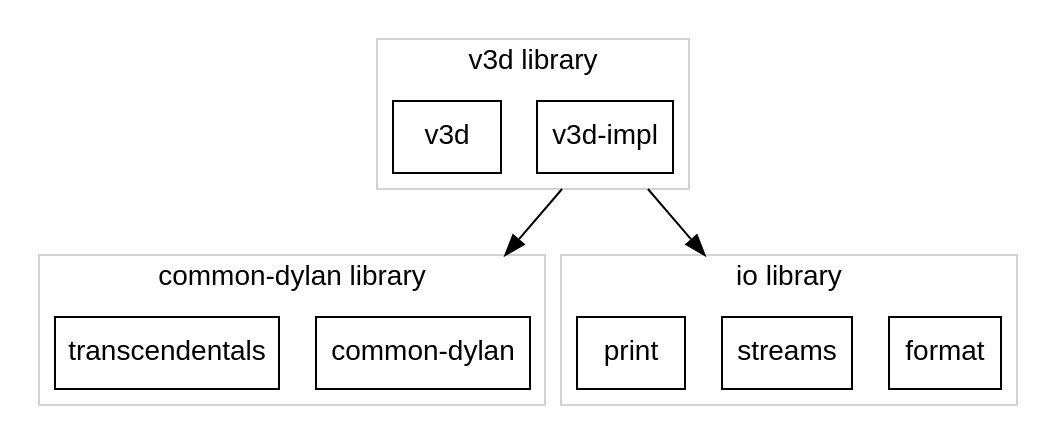
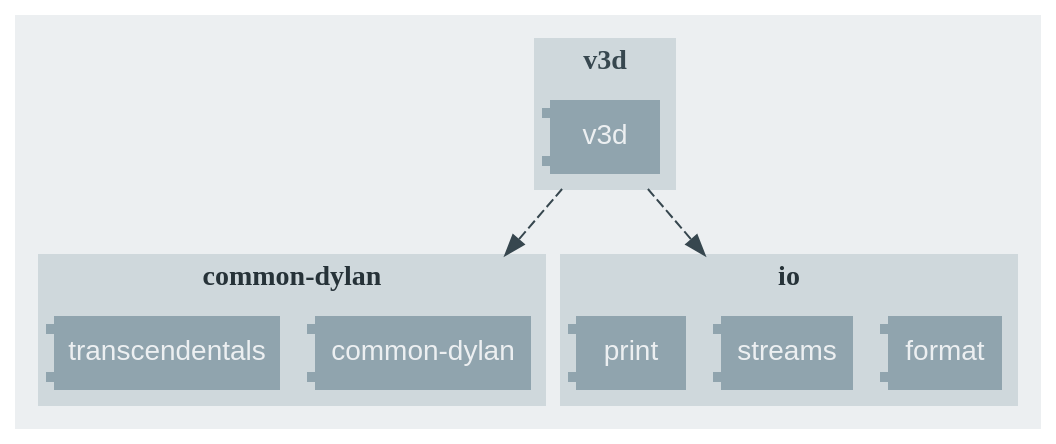
One commit to fraya/v3d changed the diagram in documentation/source/index.rst. Above: the diagram before and after it, drawn with Graphviz. The commit also changed other lines of this file, not shown here.

Commit message:
Modify library graphic
Use colors that can be seen in dark mode.
Clarify description of the graph.

```diff
--- a/documentation/source/index.rst
+++ b/documentation/source/index.rst
@@ -53,39 +53,55 @@
 .. graphviz::
-   :caption: Libraries and modules used
+   :caption: Libraries (light box) and modules (dark box) used
 
    digraph G {
-         bgcolor="#00000000";
+         bgcolor="#eceff1";
 	 graph [compound=true];
-	 fontname = "Helvetica,Arial,sans-serif";
-	 node [fontname="Helvetica,Arial,sans-serif";shape=box;]
-	 edge [fontname="Helvetica,Arial,sans-serif"]
+	 fontname = "times-bold";
+	 node [
+	   fontname="Arial";
+	   shape="component";
+	   color="#90a4ae";
+	   fontcolor="#eceff1";
+	   style="filled";
+	 ]
+	 edge [
+	   fontname="Arial";
+	   color="#37474f";
+	   style="dashed";
+	 ]
 	 ranksep = 1.0;
 	
 	 subgraph cluster_v3d {
-	   color=lightgrey;
-	   label="v3d library";
-	   "v3d-impl";
+	   fontcolor="#37474f";
+	   color="#cfd8dc";
+	   style="filled";
+	   shape="component";
+	   label="v3d";
 	   v3d;
 	 };
 	
 	 subgraph cluster_cd {
-	   color=lightgrey;
-	   label="common-dylan library";
+	   fontcolor="#263238";
+	   color="#cfd8dc";
+	   style="filled";
+	   label="common-dylan";
 	   rank = same;
 	   rankdir = LR;
 	   "common-dylan";
 	   transcendentals;
          };
 	
          subgraph cluster_io {
-           color=lightgrey;
-	   label="io library";
+	   fontcolor="#263238";
+	   color="#cfd8dc";
+	   style="filled";
+	   label="io";
 	   rank = same;
 	   format;
 	   streams;
 	   print;
 	 };
 
-	 "v3d-impl" -> streams         [ltail=cluster_v3d, lhead=cluster_io];
-	 "v3d-impl" -> "common-dylan"  [ltail=cluster_v3d, lhead=cluster_cd];
+	 "v3d" -> streams         [ltail=cluster_v3d, lhead=cluster_io];
+	 "v3d" -> "common-dylan"  [ltail=cluster_v3d, lhead=cluster_cd];
     }
```
